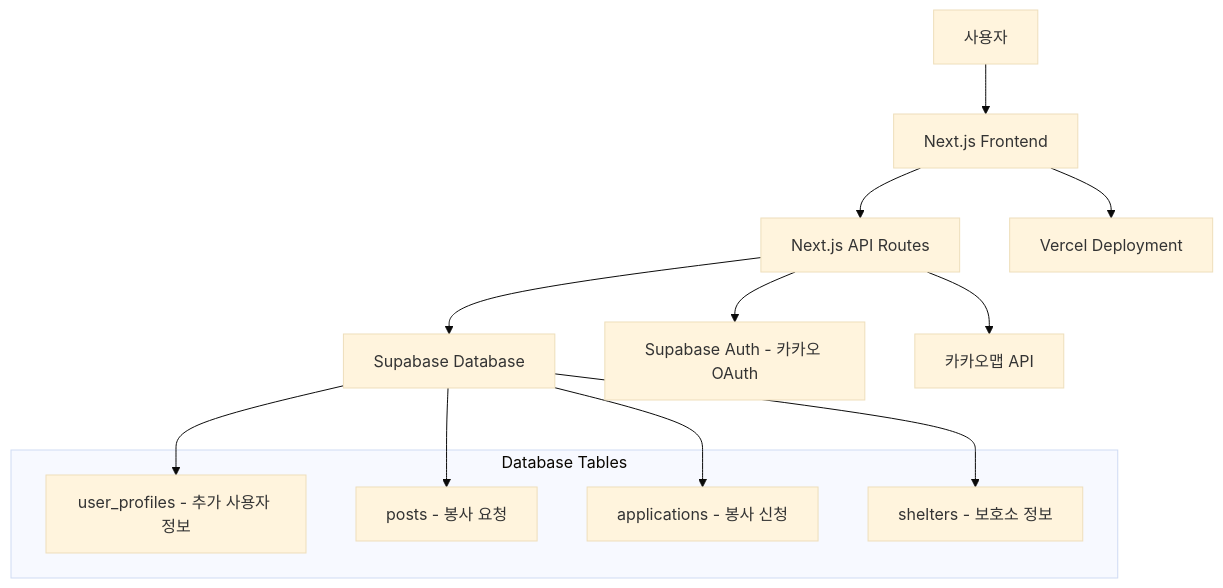
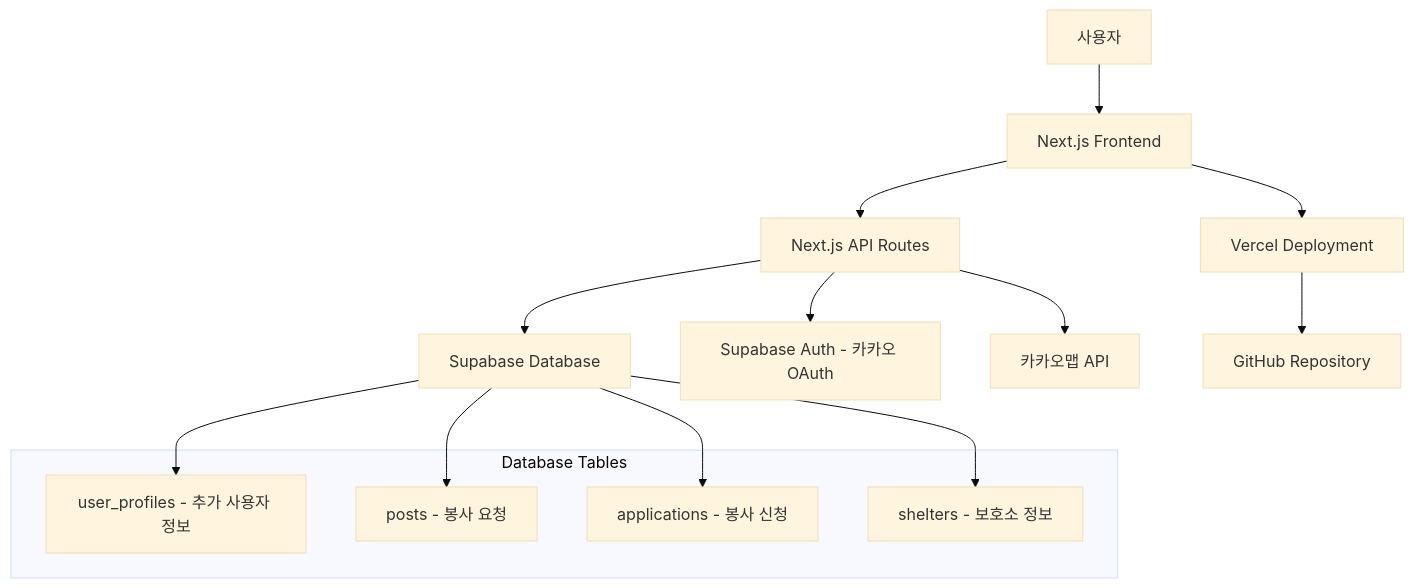
One commit to cheesepizza453/move_togaether changed the first of 7 diagrams in docs/prd_document.md. Above: the diagram before and after it, drawn with Mermaid (base theme). The commit also changed other lines of this file and 15 other files, not shown here.

Commit message:
문서 업데이트: 일반 규칙 파일에 작업 내용 기록을 위한 별도 디렉토리 생성 지침 추가, PRD 문서 업데이트 제외 지침 포함. PRD 문서에 GitHub 연동 및 배포 정보 추가, UI/UX 플로우 및 반응형 디자인 가이드 업데이트. 새로운 이미지 파일 추가.

````diff
--- a/docs/prd_document.md
+++ b/docs/prd_document.md
@@ -43,21 +44,22 @@
 ```mermaid
 graph TB
     A[사용자] --> B[Next.js Frontend]
     B --> C[Next.js API Routes]
     C --> D[Supabase Database]
     C --> E[Supabase Auth - 카카오 OAuth]
     C --> F[카카오맵 API]
     B --> G[Vercel Deployment]
+    G --> H[GitHub Repository]
 
     subgraph "Database Tables"
-        H[user_profiles - 추가 사용자 정보]
-        I[posts - 봉사 요청]
-        J[applications - 봉사 신청]
-        K[shelters - 보호소 정보]
+        I[user_profiles - 추가 사용자 정보]
+        J[posts - 봉사 요청]
+        K[applications - 봉사 신청]
+        L[shelters - 보호소 정보]
     end
 
-    D --> H
     D --> I
     D --> J
     D --> K
+    D --> L
 ```
````
